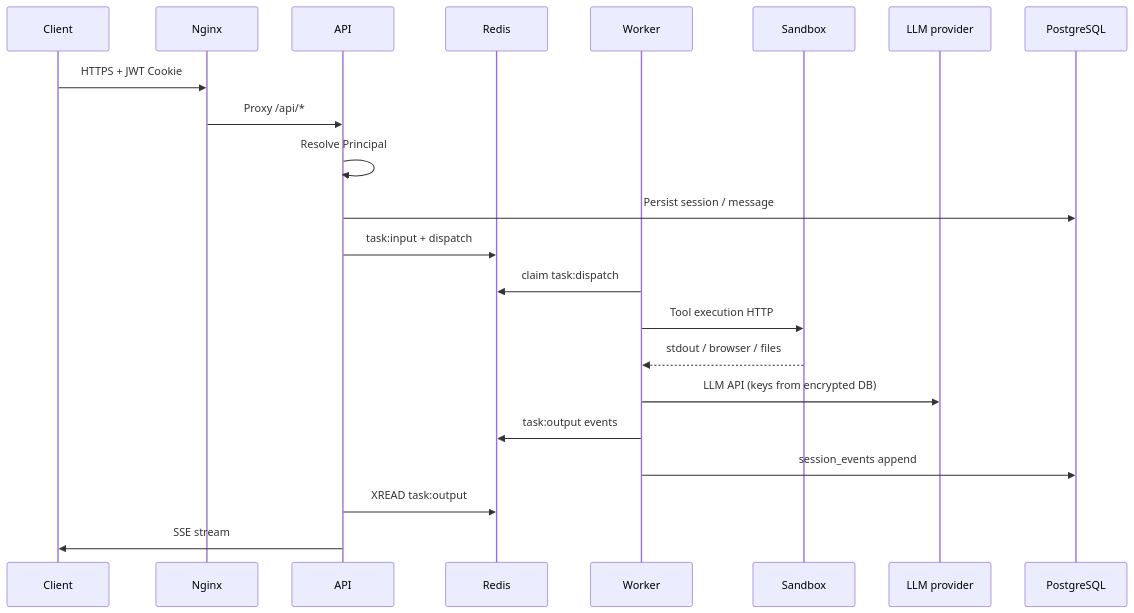
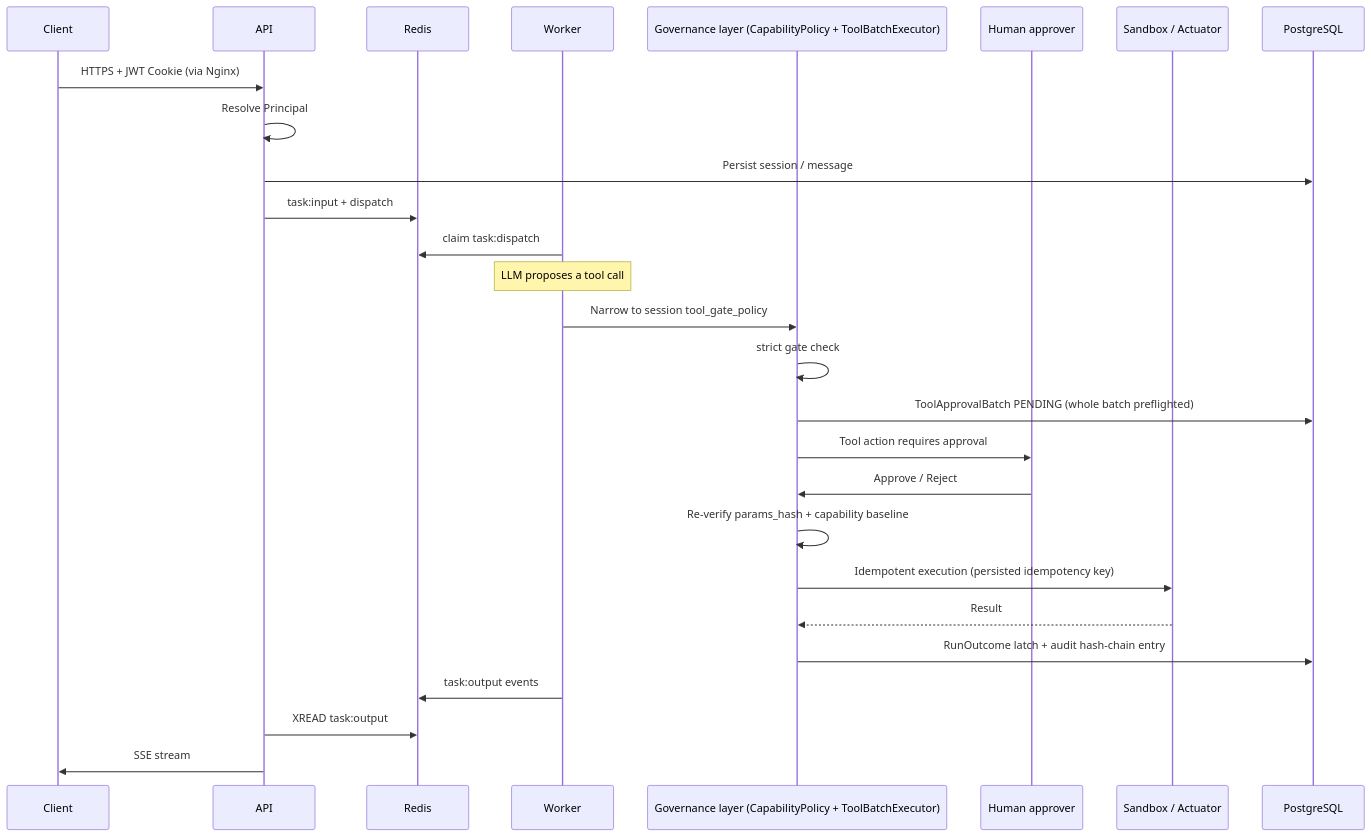
One commit to OceaLong/opencitadel changed the second of 4 diagrams in docs/architecture/security-model.md. Above: the diagram before and after it, drawn with Mermaid. The commit also changed other lines of this file and 375 other files, not shown here.

````diff
--- a/docs/architecture/security-model.md
+++ b/docs/architecture/security-model.md
@@ -114,25 +125,30 @@
 ```mermaid
 sequenceDiagram
   participant C as Client
-  participant N as Nginx
   participant A as API
   participant R as Redis
   participant W as Worker
-  participant S as Sandbox
-  participant L as LLM provider
+  participant Gov as Governance layer (CapabilityPolicy + ToolBatchExecutor)
+  participant H as Human approver
+  participant S as Sandbox / Actuator
   participant D as PostgreSQL
 
-  C->>N: HTTPS + JWT Cookie
-  N->>A: Proxy /api/*
+  C->>A: HTTPS + JWT Cookie (via Nginx)
   A->>A: Resolve Principal
   A->>D: Persist session / message
   A->>R: task:input + dispatch
   W->>R: claim task:dispatch
-  W->>S: Tool execution HTTP
-  S-->>W: stdout / browser / files
-  W->>L: LLM API (keys from encrypted DB)
+  Note over W: LLM proposes a tool call
+  W->>Gov: Narrow to session tool_gate_policy
+  Gov->>Gov: strict gate check
+  Gov->>D: ToolApprovalBatch PENDING (whole batch preflighted)
+  Gov->>H: Tool action requires approval
+  H->>Gov: Approve / Reject
+  Gov->>Gov: Re-verify params_hash + capability baseline
+  Gov->>S: Idempotent execution (persisted idempotency key)
+  S-->>Gov: Result
+  Gov->>D: RunOutcome latch + audit hash-chain entry
   W->>R: task:output events
-  W->>D: session_events append
   A->>R: XREAD task:output
   A->>C: SSE stream
 ```
````
